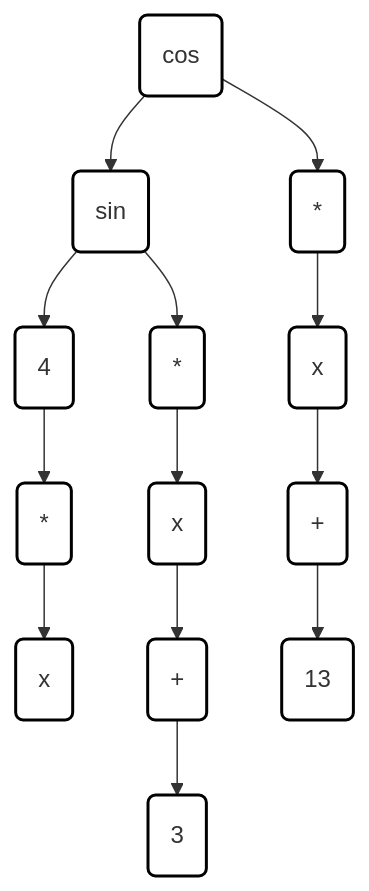
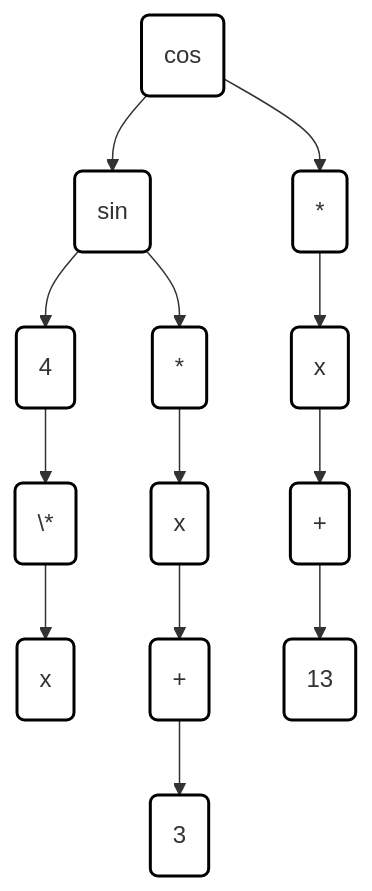
One commit to neavailable/Derivative_calculator changed the second of 2 diagrams in README.md. Above: the diagram before and after it, drawn with Mermaid.

````diff
--- a/README.md
+++ b/README.md
@@ -56,43 +56,43 @@
 ```mermaid
 graph TD
     COS(cos)
     SIN(sin)
     FOUR(4)
-    MULTIPLY_SIN(*)
+    MULTIPLY_SIN(\*)
     X_SIN(x)
     X_COS(x)
     MULTIPLY_COS(*)
     PLUS_COS(+)
     THREE(3)
     MULTIPLY(*)
     X(x)
     PLUS(+)
     THIRTEEN(13)
 
     COS          --> SIN
     COS          --> MULTIPLY
     SIN          --> FOUR
     SIN          --> MULTIPLY_COS
     FOUR         --> MULTIPLY_SIN
     MULTIPLY_SIN --> X_SIN
     MULTIPLY_COS --> X_COS
     X_COS        --> PLUS_COS
     PLUS_COS     --> THREE
     MULTIPLY     --> X
     X            --> PLUS
     PLUS         --> THIRTEEN
 
     style COS          fill:#ffffff,stroke:#000000,stroke-width:2px
     style SIN          fill:#ffffff,stroke:#000000,stroke-width:2px
     style FOUR         fill:#ffffff,stroke:#000000,stroke-width:2px
     style MULTIPLY_SIN fill:#ffffff,stroke:#000000,stroke-width:2px
     style X_SIN        fill:#ffffff,stroke:#000000,stroke-width:2px
     style MULTIPLY_COS fill:#ffffff,stroke:#000000,stroke-width:2px
     style PLUS_COS     fill:#ffffff,stroke:#000000,stroke-width:2px
     style THREE        fill:#ffffff,stroke:#000000,stroke-width:2px
     style MULTIPLY     fill:#ffffff,stroke:#000000,stroke-width:2px
     style X            fill:#ffffff,stroke:#000000,stroke-width:2px
     style PLUS         fill:#ffffff,stroke:#000000,stroke-width:2px
     style THIRTEEN     fill:#ffffff,stroke:#000000,stroke-width:2px
     style X_COS        fill:#ffffff,stroke:#000000,stroke-width:2px
 ```
````
